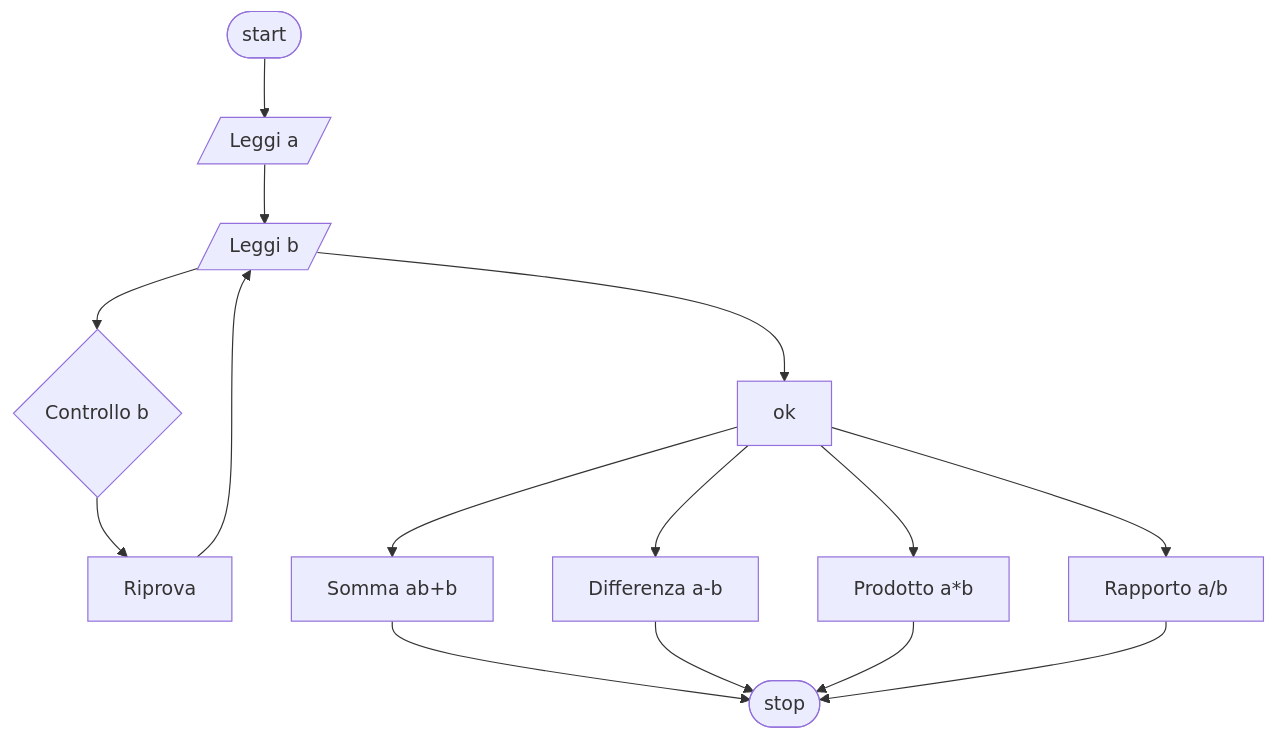
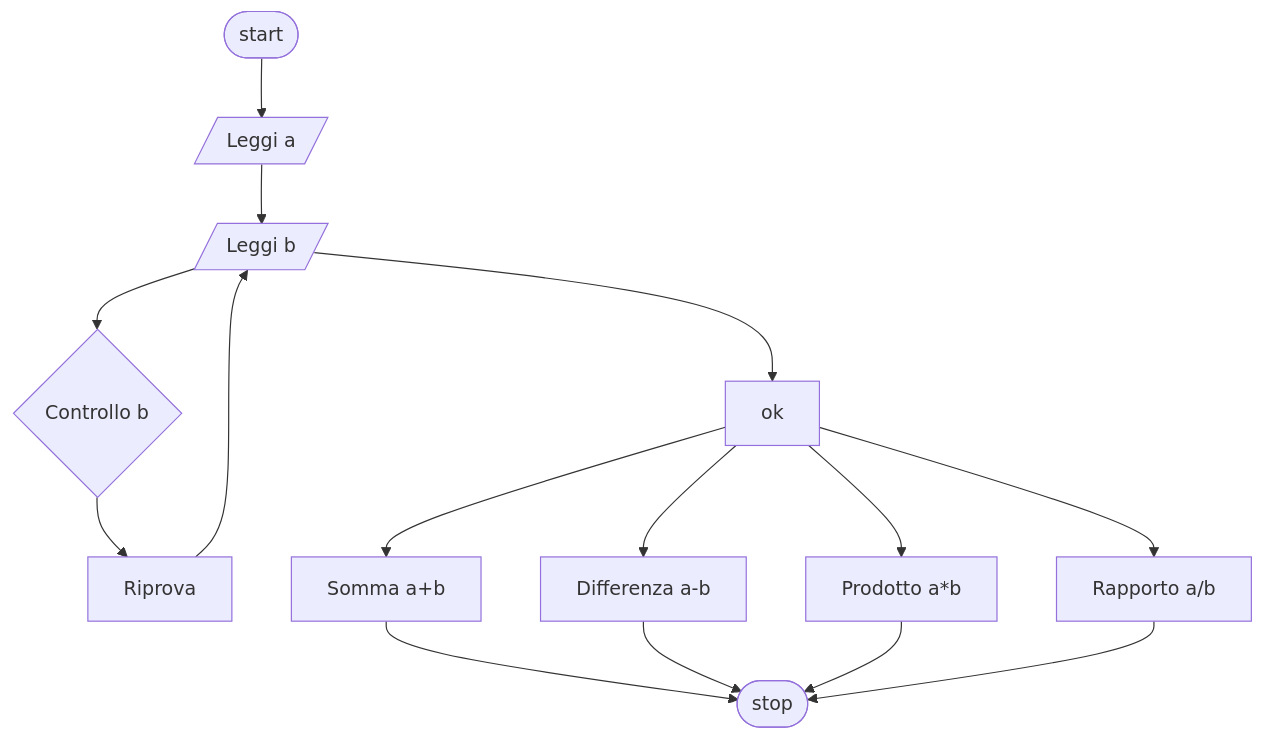
The diagram in Esercizi-base/Operazioni-matematiche/Soluzioni/Livello-base/2/README.md (AndreaPaolo/Esercizi-di-informatica), drawn with Mermaid before and after one commit.

Commit message:
Livello base 2 - Fix diagramma di flusso

````diff
--- a/Esercizi-base/Operazioni-matematiche/Soluzioni/Livello-base/2/README.md
+++ b/Esercizi-base/Operazioni-matematiche/Soluzioni/Livello-base/2/README.md
@@ -7,13 +7,13 @@
 ```mermaid
 flowchart TD
 start([start]) --> valorea[/Leggi a/]
 valorea --> valoreb[/Leggi b/]
 valoreb --> controllo{Controllo b}
 controllo --> D[Riprova]
 D  -->  valoreb
 valoreb --> c[ok]
-c --> somma[Somma ab+b] --> stop([stop])
+c --> somma[Somma a+b] --> stop([stop])
 c --> differenza[Differenza a-b] --> stop([stop])
 c --> prodotto[Prodotto a*b] --> stop([stop])
 c --> rapporto[Rapporto a/b] --> stop([stop])
 ```
````
